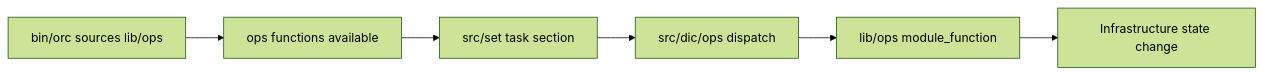
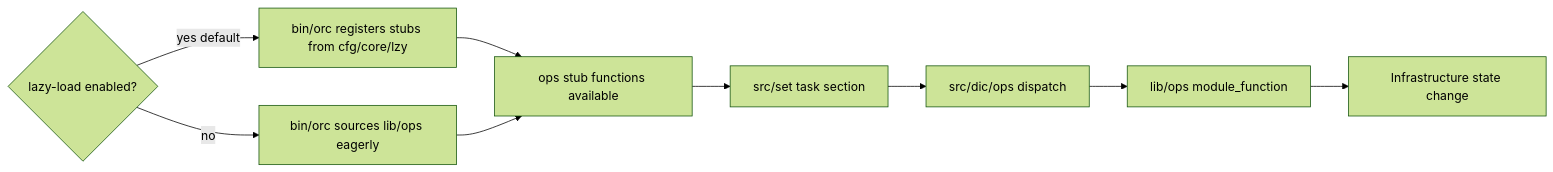
Before and after one commit to woeiru/lab: the second of 2 diagrams in doc/arc/03-operational-modules.md, drawn with Mermaid (forest theme). The commit also changed other lines of this file and 6 other files, not shown here.

Commit message:
docs: update architecture docs for bootstrapper performance renewal

````diff
--- a/doc/arc/03-operational-modules.md
+++ b/doc/arc/03-operational-modules.md
@@ -67,8 +76,11 @@
 ```mermaid
 flowchart LR
-    A[bin/orc sources lib/ops] --> B[ops functions available]
-    B --> C[src/set task section]
-    C --> D[src/dic/ops dispatch]
-    D --> E[lib/ops module_function]
-    E --> F[Infrastructure state change]
+    A{lazy-load enabled?} -->|yes default| B[bin/orc registers stubs from cfg/core/lzy]
+    A -->|no| C[bin/orc sources lib/ops eagerly]
+    B --> D[ops stub functions available]
+    C --> D
+    D --> E[src/set task section]
+    E --> F[src/dic/ops dispatch]
+    F --> G[lib/ops module_function]
+    G --> H[Infrastructure state change]
 ```
````
